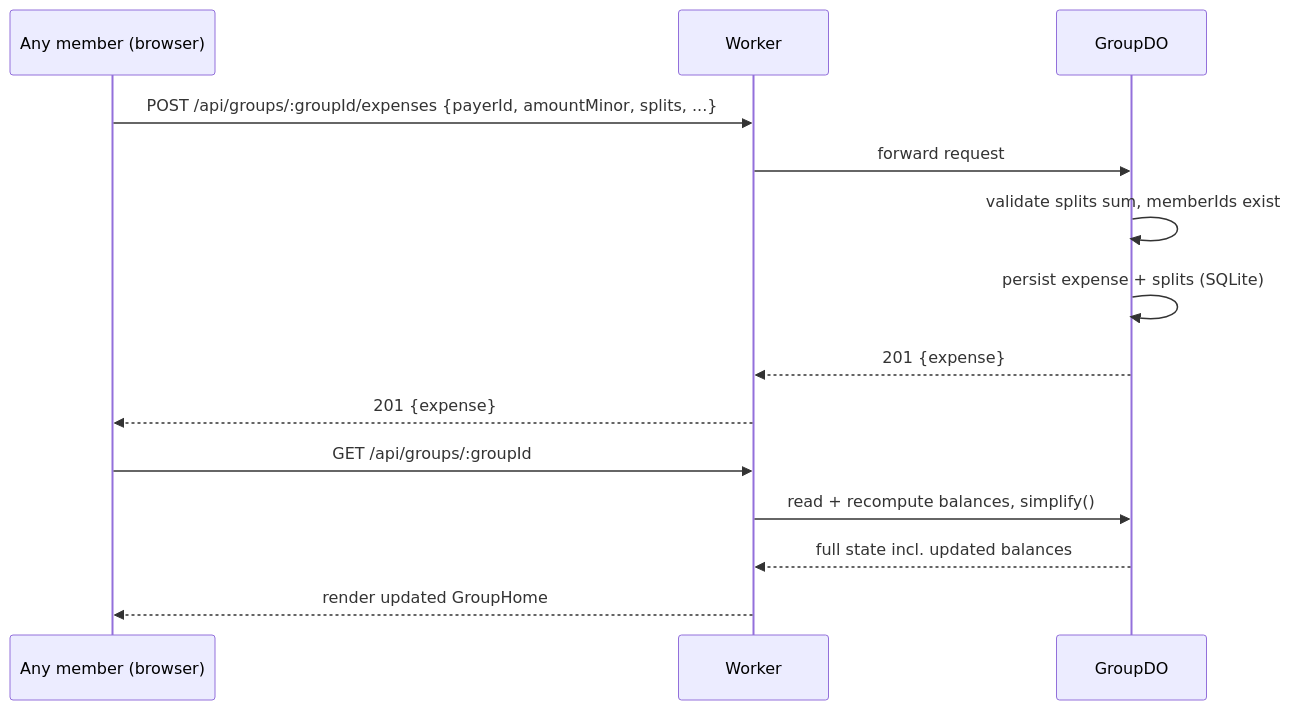
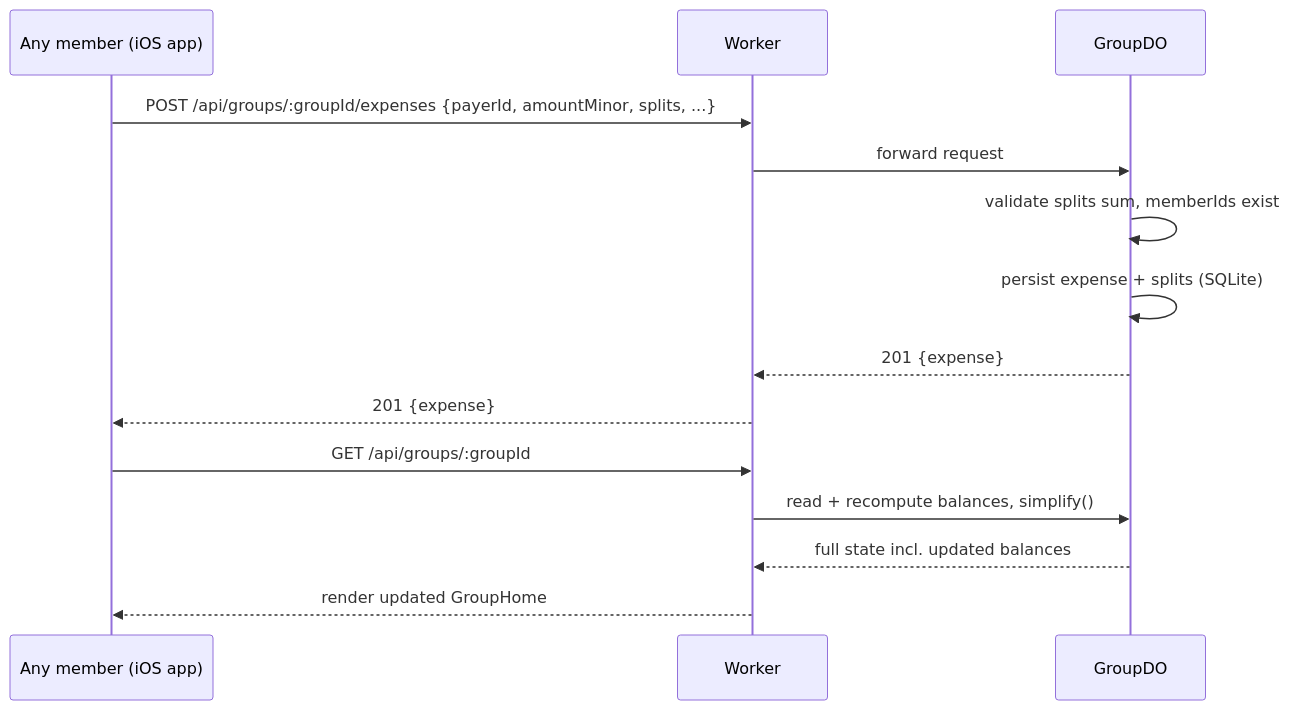
The third of 3 diagrams in DESIGN.md (nakka-labs/clantab-ios), drawn with Mermaid before and after one commit. The commit also changed other lines of this file and 3 other files, not shown here.

````diff
--- a/DESIGN.md
+++ b/DESIGN.md
@@ -194,17 +194,17 @@
 ```mermaid
 sequenceDiagram
-    participant U as Any member (browser)
+    participant U as Any member (iOS app)
     participant W as Worker
     participant G as GroupDO
 
     U->>W: POST /api/groups/:groupId/expenses {payerId, amountMinor, splits, ...}
     W->>G: forward request
     G->>G: validate splits sum, memberIds exist
     G->>G: persist expense + splits (SQLite)
     G-->>W: 201 {expense}
     W-->>U: 201 {expense}
     U->>W: GET /api/groups/:groupId
     W->>G: read + recompute balances, simplify()
     G-->>W: full state incl. updated balances
     W-->>U: render updated GroupHome
 ```
````
